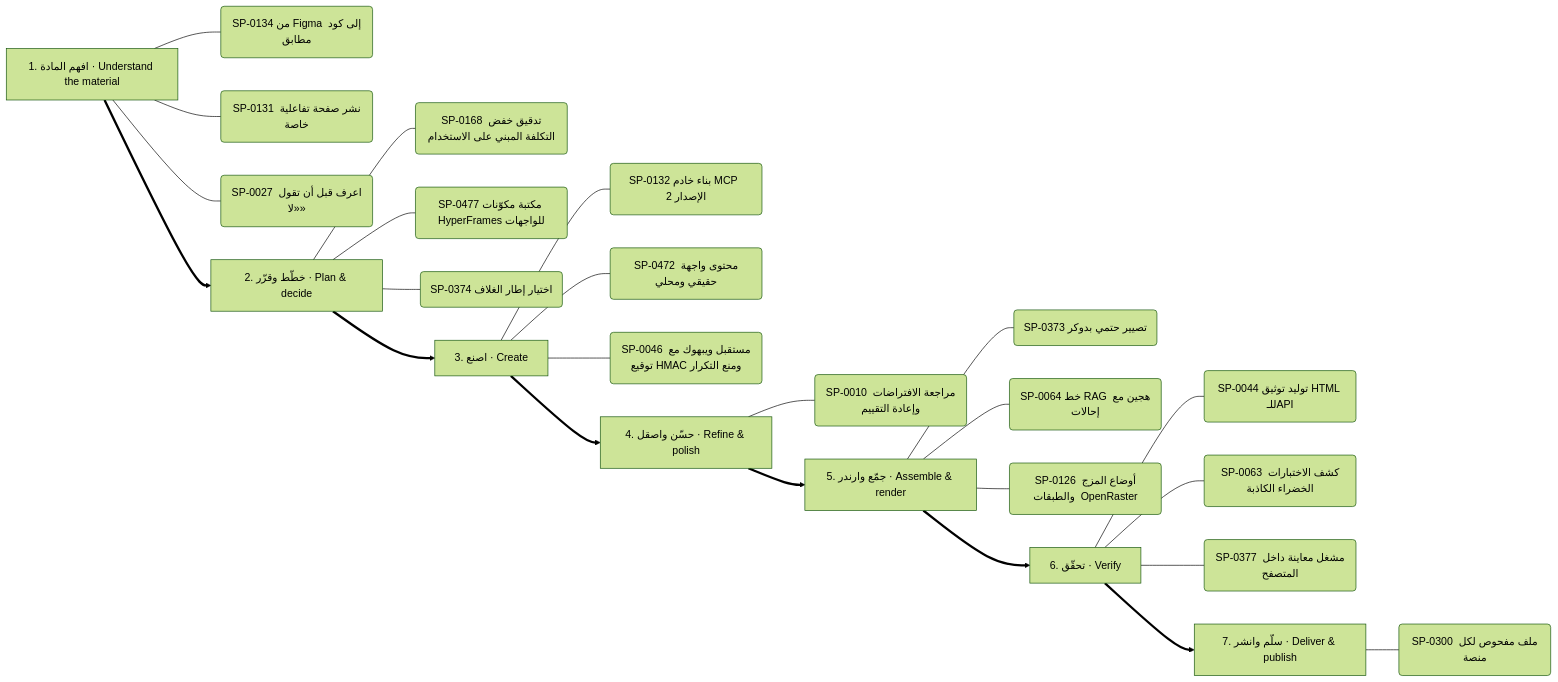
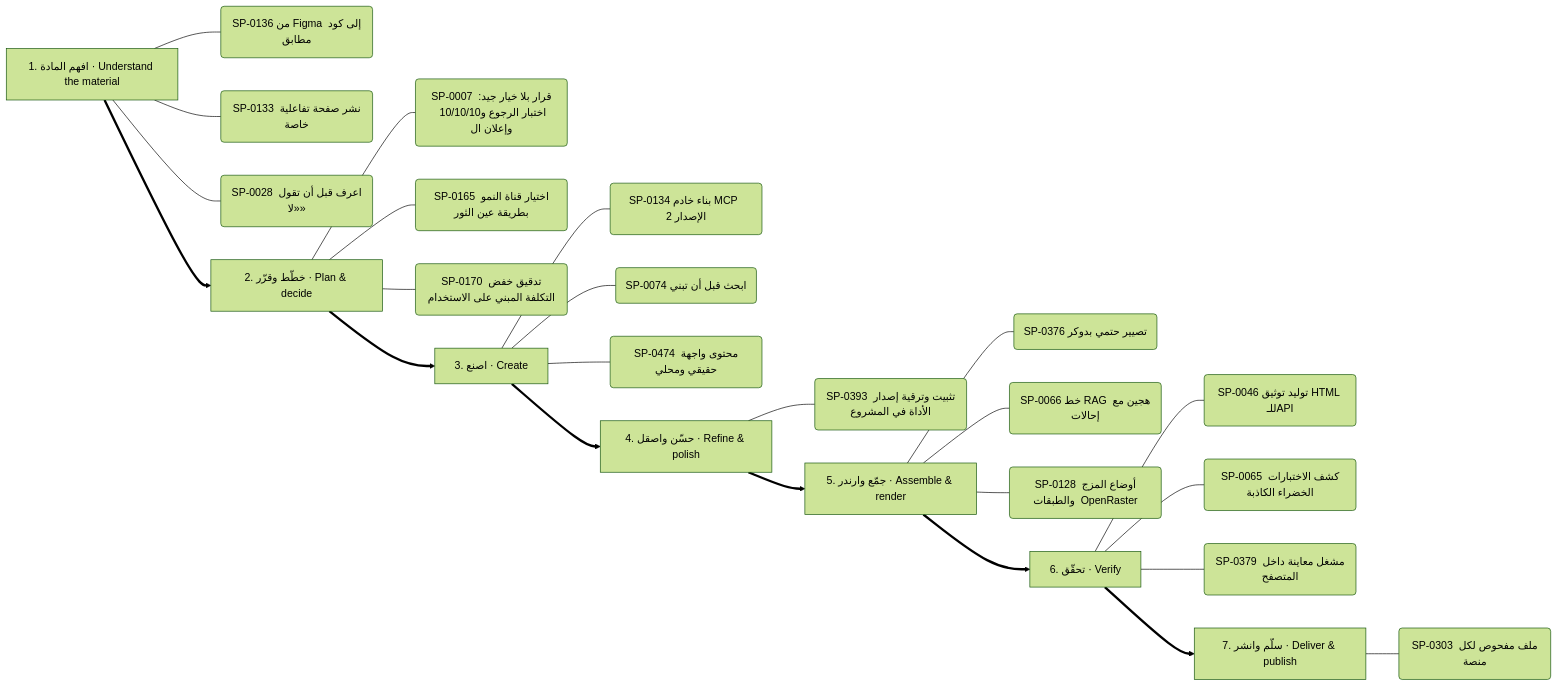
One commit to kosif199022-jpg/kosif-tool changed the ninth of 13 diagrams in .claude/skills/kosif-superpowers/references/capability-mindmap.md. Above: the diagram before and after it, drawn with Mermaid (forest theme). The commit also changed other lines of this file and 153 other files, not shown here.

````diff
--- a/.claude/skills/kosif-superpowers/references/capability-mindmap.md
+++ b/.claude/skills/kosif-superpowers/references/capability-mindmap.md
@@ -463,33 +458,33 @@
 ```mermaid
 flowchart LR
   S0["1. افهم المادة · Understand the material"]
-  S0 --- S0_0("SP-0134 من Figma إلى كود مطابق")
-  S0 --- S0_1("SP-0131 نشر صفحة تفاعلية خاصة")
-  S0 --- S0_2("SP-0027 اعرف قبل أن تقول «لا»")
+  S0 --- S0_0("SP-0136 من Figma إلى كود مطابق")
+  S0 --- S0_1("SP-0133 نشر صفحة تفاعلية خاصة")
+  S0 --- S0_2("SP-0028 اعرف قبل أن تقول «لا»")
   S1["2. خطّط وقرّر · Plan & decide"]
-  S1 --- S1_0("SP-0168 تدقيق خفض التكلفة المبني على الاستخدام")
-  S1 --- S1_1("SP-0477 مكتبة مكوّنات HyperFrames للواجهات")
-  S1 --- S1_2("SP-0374 اختيار إطار الغلاف")
+  S1 --- S1_0("SP-0007 قرار بلا خيار جيد: اختبار الرجوع و10/10/10 وإعلان ال")
+  S1 --- S1_1("SP-0165 اختيار قناة النمو بطريقة عين الثور")
+  S1 --- S1_2("SP-0170 تدقيق خفض التكلفة المبني على الاستخدام")
   S0 ==> S1
   S2["3. اصنع · Create"]
-  S2 --- S2_0("SP-0132 بناء خادم MCP  الإصدار 2 ")
-  S2 --- S2_1("SP-0472 محتوى واجهة حقيقي ومحلي")
-  S2 --- S2_2("SP-0046 مستقبل ويبهوك مع توقيع HMAC ومنع التكرار")
+  S2 --- S2_0("SP-0134 بناء خادم MCP  الإصدار 2 ")
+  S2 --- S2_1("SP-0074 ابحث قبل أن تبني")
+  S2 --- S2_2("SP-0474 محتوى واجهة حقيقي ومحلي")
   S1 ==> S2
   S3["4. حسّن واصقل · Refine & polish"]
-  S3 --- S3_0("SP-0010 مراجعة الافتراضات وإعادة التقييم")
+  S3 --- S3_0("SP-0393 تثبيت وترقية إصدار الأداة في المشروع")
   S2 ==> S3
   S4["5. جمّع وارندر · Assemble & render"]
-  S4 --- S4_0("SP-0373 تصيير حتمي بدوكر")
-  S4 --- S4_1("SP-0064 خط RAG هجين مع إحالات")
-  S4 --- S4_2("SP-0126 أوضاع المزج والطبقات  OpenRaster ")
+  S4 --- S4_0("SP-0376 تصيير حتمي بدوكر")
+  S4 --- S4_1("SP-0066 خط RAG هجين مع إحالات")
+  S4 --- S4_2("SP-0128 أوضاع المزج والطبقات  OpenRaster ")
   S3 ==> S4
   S5["6. تحقّق · Verify"]
-  S5 --- S5_0("SP-0044 توليد توثيق HTML للـAPI")
-  S5 --- S5_1("SP-0063 كشف الاختبارات الخضراء الكاذبة")
-  S5 --- S5_2("SP-0377 مشغل معاينة داخل المتصفح")
+  S5 --- S5_0("SP-0046 توليد توثيق HTML للـAPI")
+  S5 --- S5_1("SP-0065 كشف الاختبارات الخضراء الكاذبة")
+  S5 --- S5_2("SP-0379 مشغل معاينة داخل المتصفح")
   S4 ==> S5
   S6["7. سلّم وانشر · Deliver & publish"]
-  S6 --- S6_0("SP-0300 ملف مفحوص لكل منصة")
+  S6 --- S6_0("SP-0303 ملف مفحوص لكل منصة")
   S5 ==> S6
 ```
````
